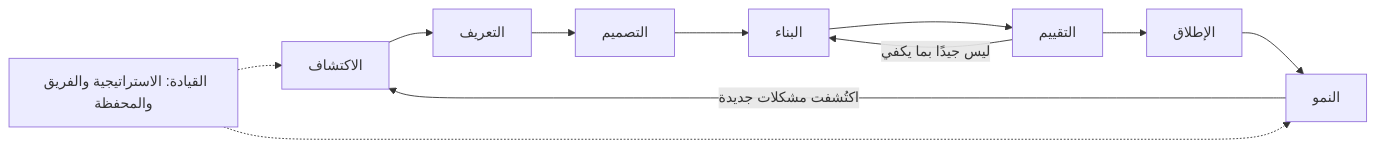
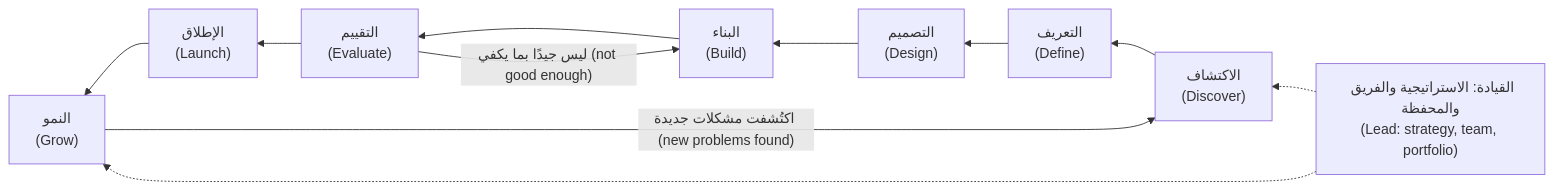
One commit to Tamoura/system-design-for-vibe-coders changed the first of 3 diagrams in aipm/modules/00-orientation.ar.md. Above: the diagram before and after it, drawn with Mermaid. The commit also changed other lines of this file and 9 other files, not shown here.

First line of the commit message:
AI PM course (AR): right-to-left diagrams with English labels

````diff
--- a/aipm/modules/00-orientation.ar.md
+++ b/aipm/modules/00-orientation.ar.md
@@ -88,13 +88,13 @@
 ```mermaid
-flowchart LR
-    D["الاكتشاف"] --> DF["التعريف"]
-    DF --> DS["التصميم"]
-    DS --> B["البناء"]
-    B --> E["التقييم"]
-    E -- "ليس جيدًا بما يكفي" --> B
-    E --> L["الإطلاق"]
-    L --> G["النمو"]
-    G -- "اكتُشفت مشكلات جديدة" --> D
-    LD["القيادة: الاستراتيجية والفريق والمحفظة"] -.-> D
+flowchart RL
+    D["الاكتشاف<br/>(Discover)"] --> DF["التعريف<br/>(Define)"]
+    DF --> DS["التصميم<br/>(Design)"]
+    DS --> B["البناء<br/>(Build)"]
+    B --> E["التقييم<br/>(Evaluate)"]
+    E -- "ليس جيدًا بما يكفي (not good enough)" --> B
+    E --> L["الإطلاق<br/>(Launch)"]
+    L --> G["النمو<br/>(Grow)"]
+    G -- "اكتُشفت مشكلات جديدة (new problems found)" --> D
+    LD["القيادة: الاستراتيجية والفريق والمحفظة<br/>(Lead: strategy, team, portfolio)"] -.-> D
     LD -.-> G
 ```
````
